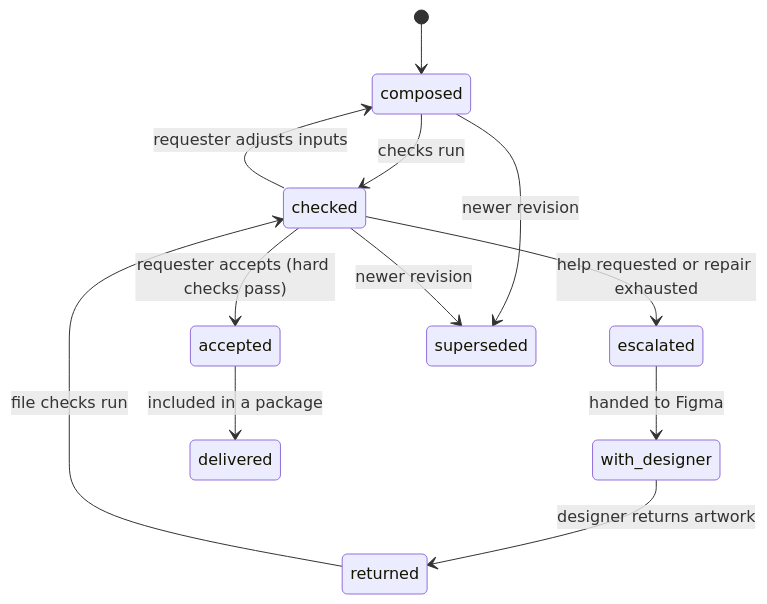
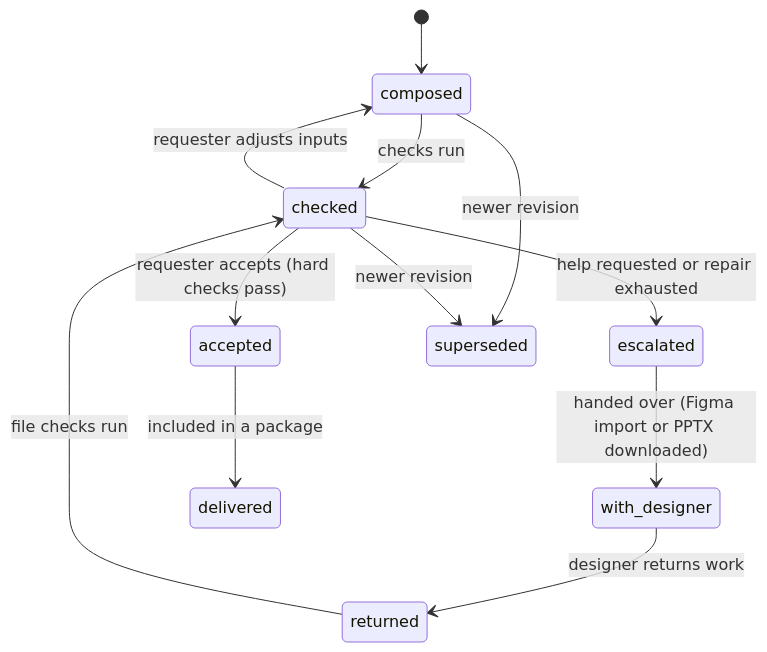
Before and after one commit to roman-kovbasyuk/automation-studio: the second of 2 diagrams in docs/specs/domain-model.md, drawn with Mermaid. The commit also changed other lines of this file and 21 other files, not shown here.

````diff
--- a/docs/specs/domain-model.md
+++ b/docs/specs/domain-model.md
@@ -152,14 +183,14 @@
 ```mermaid
 stateDiagram-v2
   [*] --> composed
   composed --> checked: checks run
   checked --> accepted: requester accepts (hard checks pass)
   checked --> composed: requester adjusts inputs
   checked --> escalated: help requested or repair exhausted
-  escalated --> with_designer: handed to Figma
-  with_designer --> returned: designer returns artwork
+  escalated --> with_designer: handed over (Figma import or PPTX downloaded)
+  with_designer --> returned: designer returns work
   returned --> checked: file checks run
   accepted --> delivered: included in a package
   composed --> superseded: newer revision
   checked --> superseded: newer revision
 ```
````
